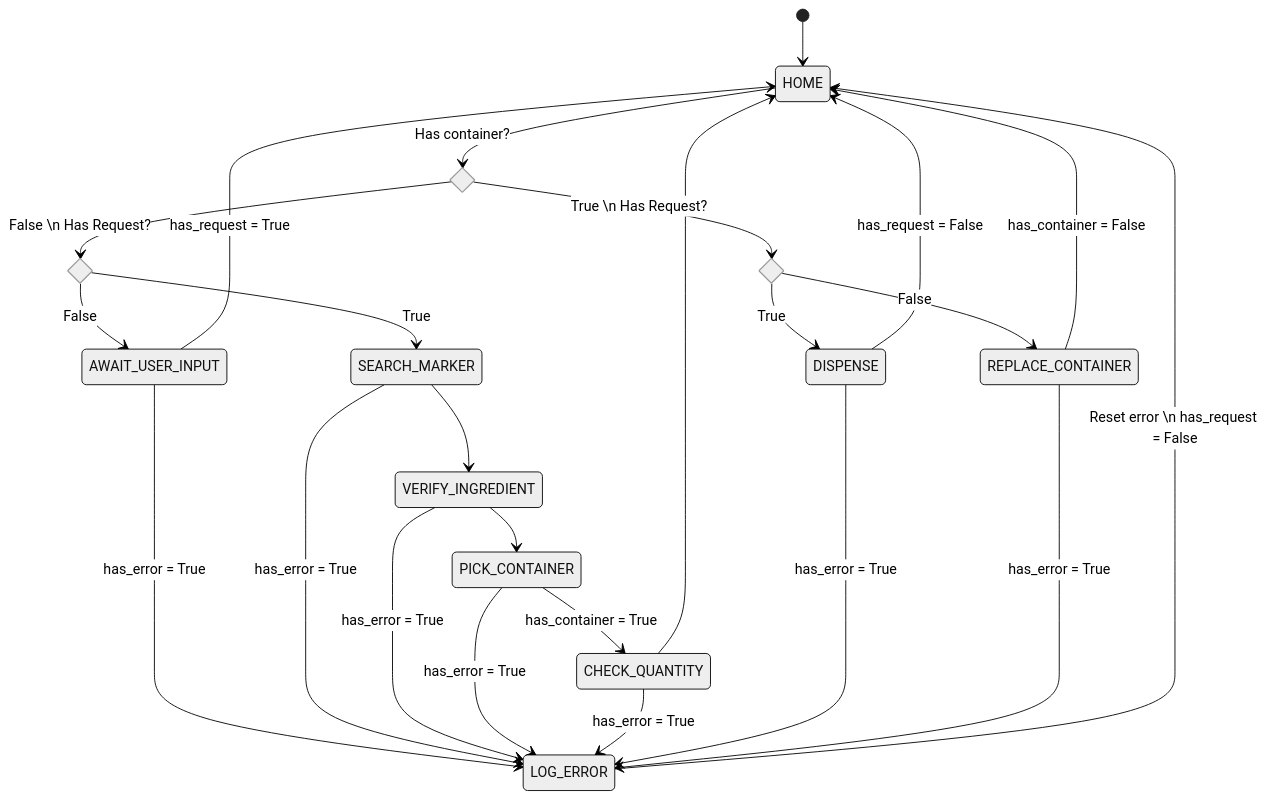
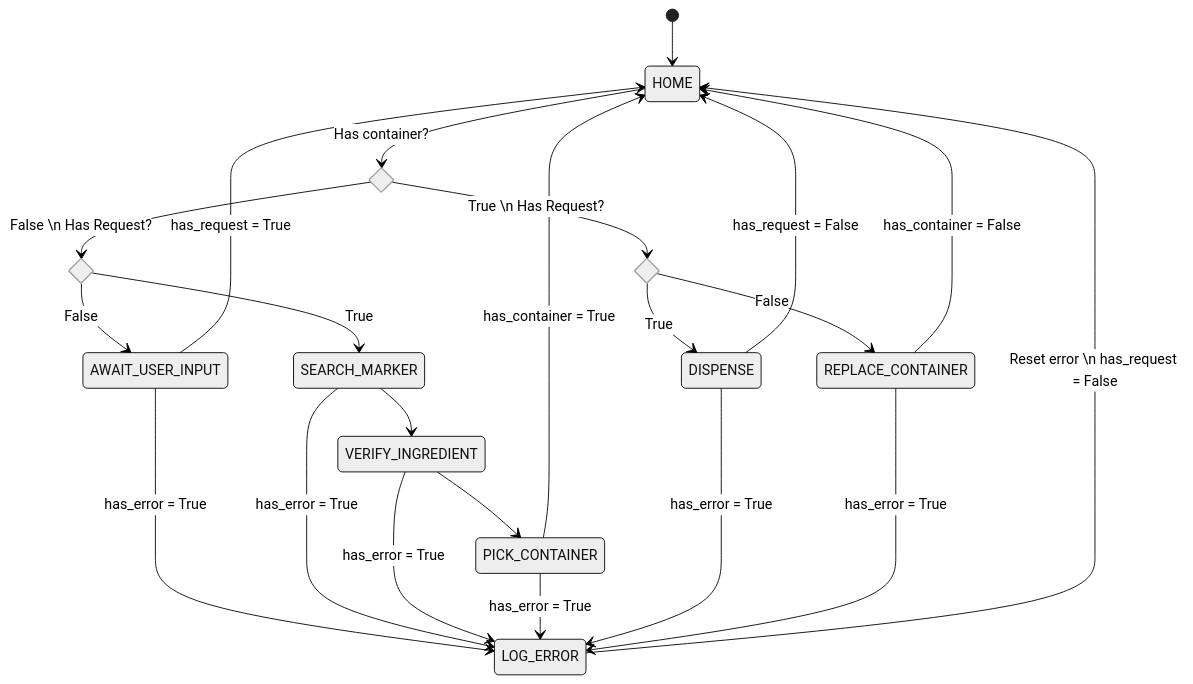
One commit to ratatouille-robotics/ratatouille_planner changed the first of 3 diagrams in README.md. Above: the diagram before and after it, drawn with Mermaid (neutral theme). The commit also changed other lines of this file and 2 other files, not shown here.

Commit message:
Fix dispensing issue with wrong offset from new container

````diff
--- a/README.md
+++ b/README.md
@@ -7,39 +7,37 @@
 ```mermaid
 stateDiagram-v2
     [*] --> HOME
 
     state has_container <<choice>>
     state has_request1 <<choice>>
     state has_request2 <<choice>>
 
     HOME --> has_container: Has container?
 
     has_container --> has_request1: False \n Has Request?
     has_request1 --> AWAIT_USER_INPUT: False
     has_request1 --> SEARCH_MARKER: True
     has_container --> has_request2: True \n Has Request?
     has_request2 --> DISPENSE: True
     has_request2 --> REPLACE_CONTAINER: False
 
     AWAIT_USER_INPUT --> HOME: has_request = True
 
     SEARCH_MARKER --> VERIFY_INGREDIENT
     VERIFY_INGREDIENT --> PICK_CONTAINER
-    PICK_CONTAINER --> CHECK_QUANTITY: has_container = True
+    PICK_CONTAINER --> HOME: has_container = True
 
     REPLACE_CONTAINER --> HOME: has_container = False
 
-    CHECK_QUANTITY --> HOME
     DISPENSE --> HOME: has_request = False
 
     LOG_ERROR --> HOME: Reset error \n has_request = False
 
     AWAIT_USER_INPUT --> LOG_ERROR: has_error = True
     SEARCH_MARKER --> LOG_ERROR: has_error = True
     VERIFY_INGREDIENT --> LOG_ERROR: has_error = True
     PICK_CONTAINER --> LOG_ERROR: has_error = True
-    CHECK_QUANTITY --> LOG_ERROR: has_error = True
     DISPENSE --> LOG_ERROR: has_error = True
     REPLACE_CONTAINER --> LOG_ERROR: has_error = True
 
 ```
````
